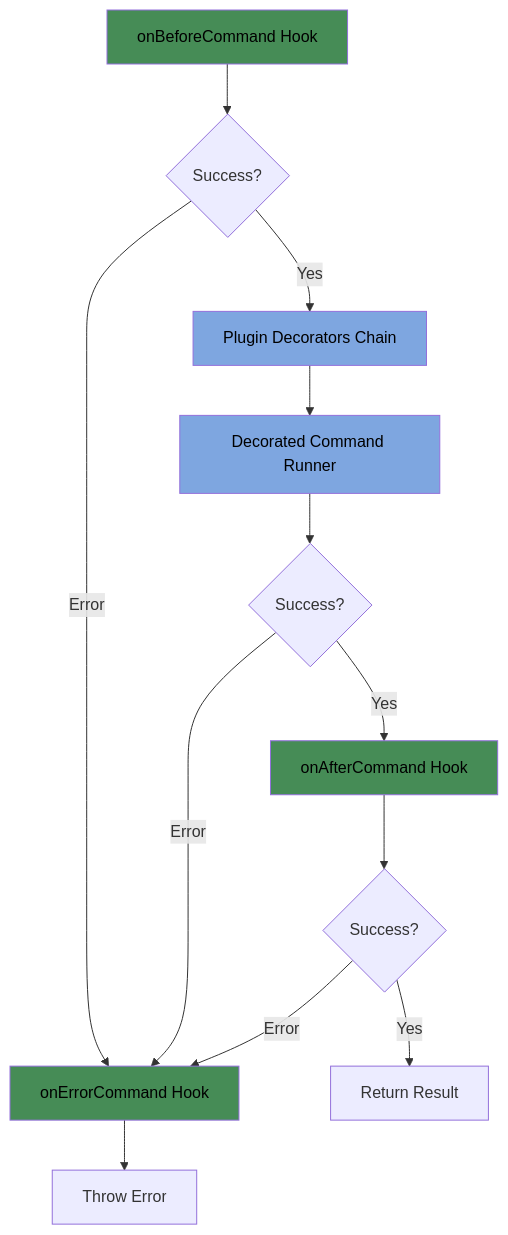
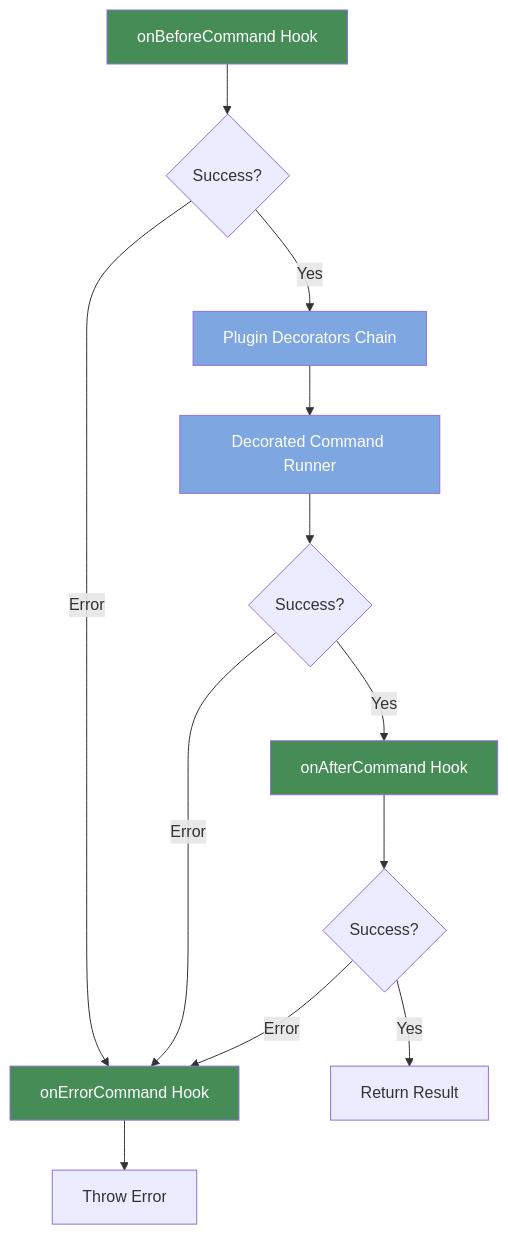
One commit to kazupon/gunshi changed the second of 2 diagrams in packages/docs/src/guide/advanced/command-hooks.md. Above: the diagram before and after it, drawn with Mermaid. The commit also changed other lines of this file and 1 other file, not shown here.

Commit message:
docs: tweak mermaid styles

````diff
--- a/packages/docs/src/guide/advanced/command-hooks.md
+++ b/packages/docs/src/guide/advanced/command-hooks.md
@@ -354,24 +354,24 @@
 ```mermaid
 graph TD
     A[onBeforeCommand Hook] --> B{Success?}
     B -->|Yes| C[Plugin Decorators Chain]
     B -->|Error| G[onErrorCommand Hook]
 
     C --> D[Decorated Command Runner]
     D --> E{Success?}
 
     E -->|Yes| F[onAfterCommand Hook]
     E -->|Error| G
 
     F --> H{Success?}
     H -->|Yes| I[Return Result]
     H -->|Error| G
 
     G --> J[Throw Error]
 
-    style A fill:#468c56,color:#000000
-    style F fill:#468c56,color:#000000
-    style G fill:#468c56,color:#000000
-    style C fill:#7EA6E0,color:#000000
-    style D fill:#7EA6E0,color:#000000
+    style A fill:#468c56,color:white
+    style F fill:#468c56,color:white
+    style G fill:#468c56,color:white
+    style C fill:#7EA6E0,color:white
+    style D fill:#7EA6E0,color:white
 ```
````
